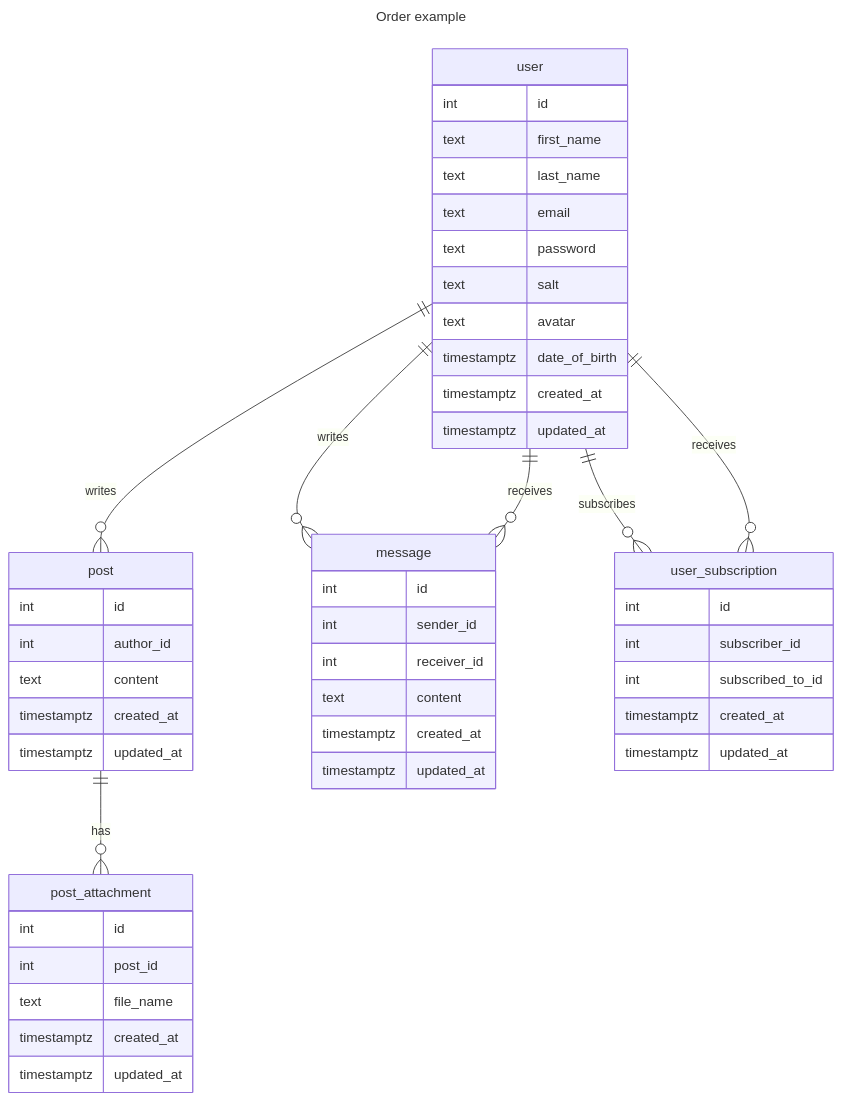
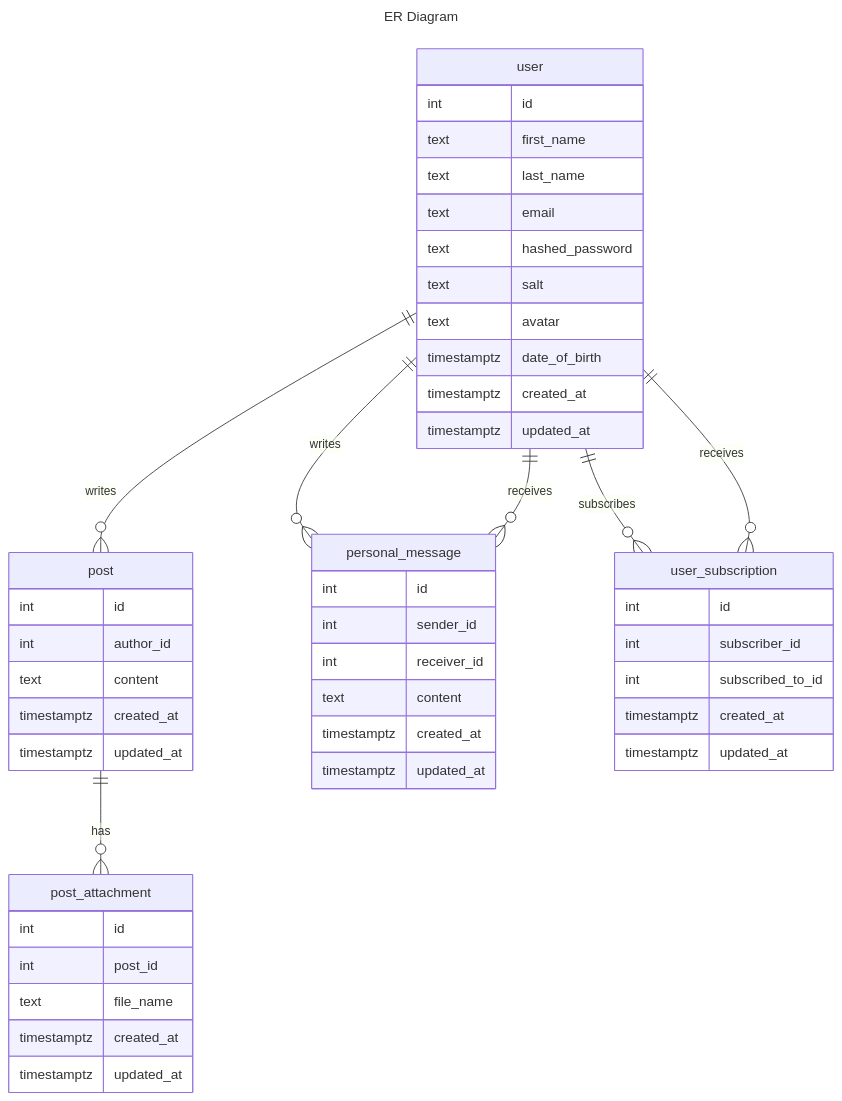
Before and after one commit to go-park-mail-ru/2024_1_VKPogromisty: the diagram in db/normalized/relations.md, drawn with Mermaid. The commit also changed other lines of this file and 14 other files, not shown here.

````diff
--- a/db/normalized/relations.md
+++ b/db/normalized/relations.md
@@ -1,57 +74,57 @@
 ```mermaid
 ---
-title: Order example
+title: ER Diagram
 ---
 erDiagram
     user ||--o{ post : writes
-    user||--o{ message : writes
-    user||--o{ message : receives
+    user||--o{ personal_message : writes
+    user||--o{ personal_message : receives
     user||--o{ user_subscription : subscribes
     user||--o{ user_subscription : receives
     user {
         int id
         text first_name
         text last_name
         text email
-        text password
+        text hashed_password
         text salt
         text avatar
         timestamptz date_of_birth
         timestamptz created_at
         timestamptz updated_at
     }
 
     post ||--o{ post_attachment : has
     post {
         int id
         int author_id
         text content
         timestamptz created_at
         timestamptz updated_at
     }
 
     post_attachment {
         int id
         int post_id
         text file_name
         timestamptz created_at
         timestamptz updated_at
     }
     
-    message {
+    personal_message {
         int id
         int sender_id
         int receiver_id
         text content
         timestamptz created_at
         timestamptz updated_at
     }
 
     user_subscription {
         int id
         int subscriber_id
         int subscribed_to_id
         timestamptz created_at
         timestamptz updated_at
     }
 ```   
````
